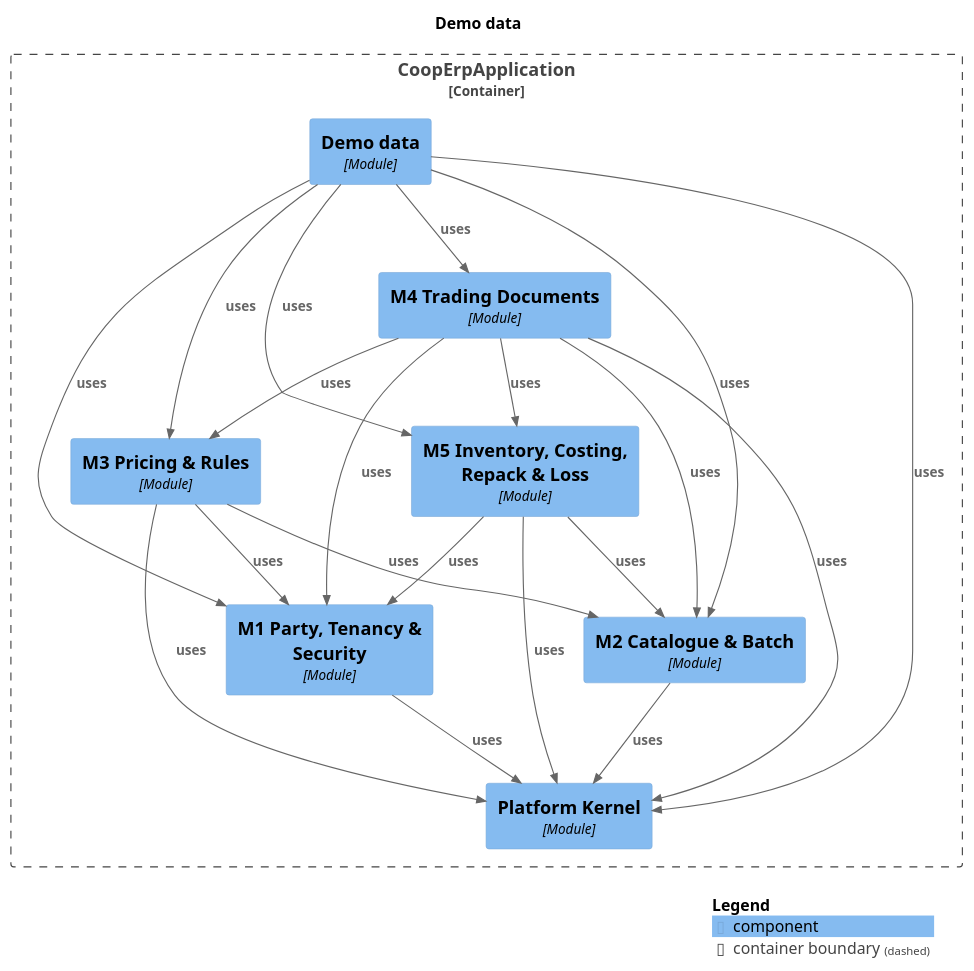
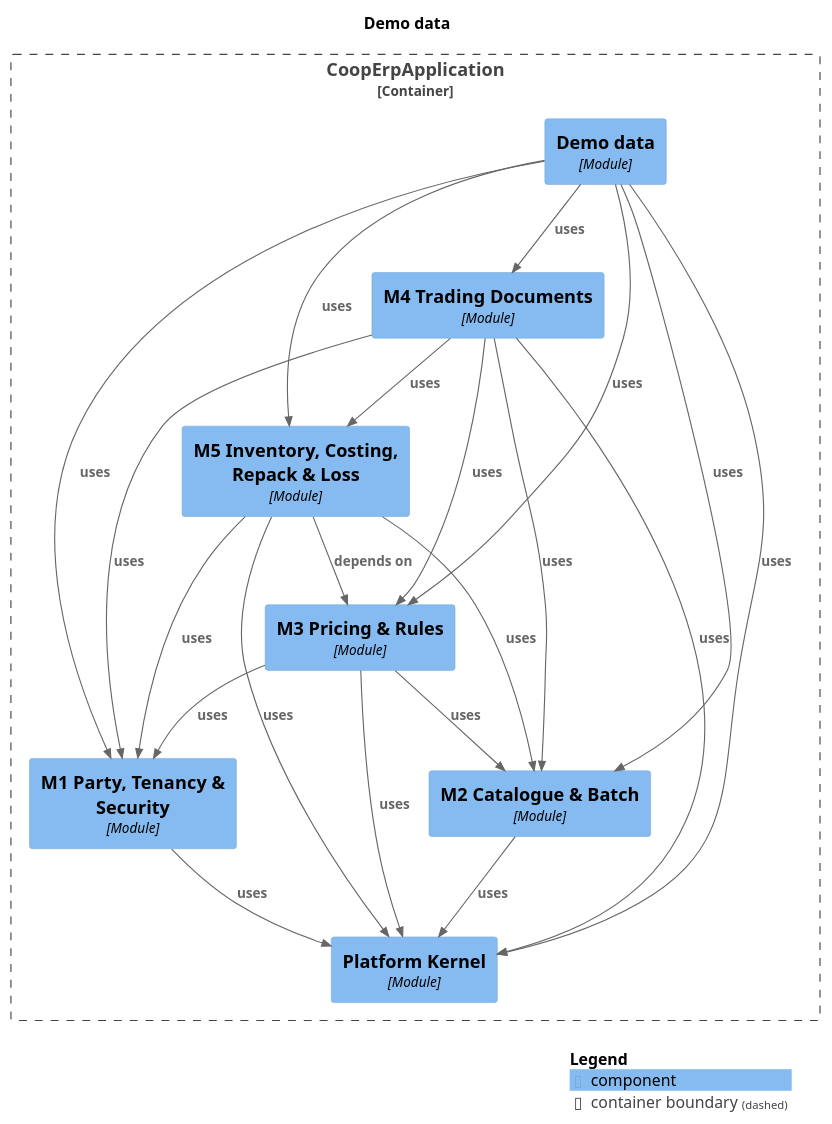
The diagram in docs/modules/module-demo.puml (Knoweb/COOP_ERP), drawn with PlantUML before and after one commit. The commit also changed 73 other files, not shown here.

```diff
--- a/docs/modules/module-demo.puml
+++ b/docs/modules/module-demo.puml
@@ -1,42 +1,43 @@
 @startuml
 set separator none
 title Demo data
 
 top to bottom direction
 
 !include <C4/C4>
 !include <C4/C4_Context>
 !include <C4/C4_Component>
 
 Container_Boundary("CoopErpApplication.CoopErpApplication_boundary", "CoopErpApplication", $tags="") {
   Component(CoopErpApplication.CoopErpApplication.M3PricingRules, "M3 Pricing & Rules", $techn="Module", $descr="", $tags="", $link="")
   Component(CoopErpApplication.CoopErpApplication.M5InventoryCostingRepackLoss, "M5 Inventory, Costing, Repack & Loss", $techn="Module", $descr="", $tags="", $link="")
   Component(CoopErpApplication.CoopErpApplication.M4TradingDocuments, "M4 Trading Documents", $techn="Module", $descr="", $tags="", $link="")
   Component(CoopErpApplication.CoopErpApplication.Demodata, "Demo data", $techn="Module", $descr="", $tags="", $link="")
   Component(CoopErpApplication.CoopErpApplication.PlatformKernel, "Platform Kernel", $techn="Module", $descr="", $tags="", $link="")
   Component(CoopErpApplication.CoopErpApplication.M1PartyTenancySecurity, "M1 Party, Tenancy & Security", $techn="Module", $descr="", $tags="", $link="")
   Component(CoopErpApplication.CoopErpApplication.M2CatalogueBatch, "M2 Catalogue & Batch", $techn="Module", $descr="", $tags="", $link="")
 }
 
 Rel(CoopErpApplication.CoopErpApplication.Demodata, CoopErpApplication.CoopErpApplication.M1PartyTenancySecurity, "uses", $techn="", $tags="", $link="")
 Rel(CoopErpApplication.CoopErpApplication.Demodata, CoopErpApplication.CoopErpApplication.M2CatalogueBatch, "uses", $techn="", $tags="", $link="")
 Rel(CoopErpApplication.CoopErpApplication.Demodata, CoopErpApplication.CoopErpApplication.M3PricingRules, "uses", $techn="", $tags="", $link="")
 Rel(CoopErpApplication.CoopErpApplication.Demodata, CoopErpApplication.CoopErpApplication.M4TradingDocuments, "uses", $techn="", $tags="", $link="")
 Rel(CoopErpApplication.CoopErpApplication.Demodata, CoopErpApplication.CoopErpApplication.M5InventoryCostingRepackLoss, "uses", $techn="", $tags="", $link="")
 Rel(CoopErpApplication.CoopErpApplication.Demodata, CoopErpApplication.CoopErpApplication.PlatformKernel, "uses", $techn="", $tags="", $link="")
 Rel(CoopErpApplication.CoopErpApplication.M1PartyTenancySecurity, CoopErpApplication.CoopErpApplication.PlatformKernel, "uses", $techn="", $tags="", $link="")
 Rel(CoopErpApplication.CoopErpApplication.M2CatalogueBatch, CoopErpApplication.CoopErpApplication.PlatformKernel, "uses", $techn="", $tags="", $link="")
 Rel(CoopErpApplication.CoopErpApplication.M3PricingRules, CoopErpApplication.CoopErpApplication.M1PartyTenancySecurity, "uses", $techn="", $tags="", $link="")
 Rel(CoopErpApplication.CoopErpApplication.M3PricingRules, CoopErpApplication.CoopErpApplication.M2CatalogueBatch, "uses", $techn="", $tags="", $link="")
 Rel(CoopErpApplication.CoopErpApplication.M3PricingRules, CoopErpApplication.CoopErpApplication.PlatformKernel, "uses", $techn="", $tags="", $link="")
 Rel(CoopErpApplication.CoopErpApplication.M4TradingDocuments, CoopErpApplication.CoopErpApplication.M1PartyTenancySecurity, "uses", $techn="", $tags="", $link="")
 Rel(CoopErpApplication.CoopErpApplication.M4TradingDocuments, CoopErpApplication.CoopErpApplication.M2CatalogueBatch, "uses", $techn="", $tags="", $link="")
 Rel(CoopErpApplication.CoopErpApplication.M4TradingDocuments, CoopErpApplication.CoopErpApplication.M3PricingRules, "uses", $techn="", $tags="", $link="")
 Rel(CoopErpApplication.CoopErpApplication.M4TradingDocuments, CoopErpApplication.CoopErpApplication.M5InventoryCostingRepackLoss, "uses", $techn="", $tags="", $link="")
 Rel(CoopErpApplication.CoopErpApplication.M4TradingDocuments, CoopErpApplication.CoopErpApplication.PlatformKernel, "uses", $techn="", $tags="", $link="")
 Rel(CoopErpApplication.CoopErpApplication.M5InventoryCostingRepackLoss, CoopErpApplication.CoopErpApplication.M1PartyTenancySecurity, "uses", $techn="", $tags="", $link="")
 Rel(CoopErpApplication.CoopErpApplication.M5InventoryCostingRepackLoss, CoopErpApplication.CoopErpApplication.M2CatalogueBatch, "uses", $techn="", $tags="", $link="")
+Rel(CoopErpApplication.CoopErpApplication.M5InventoryCostingRepackLoss, CoopErpApplication.CoopErpApplication.M3PricingRules, "depends on", $techn="", $tags="", $link="")
 Rel(CoopErpApplication.CoopErpApplication.M5InventoryCostingRepackLoss, CoopErpApplication.CoopErpApplication.PlatformKernel, "uses", $techn="", $tags="", $link="")
 
 SHOW_LEGEND(true)
 @enduml
```
